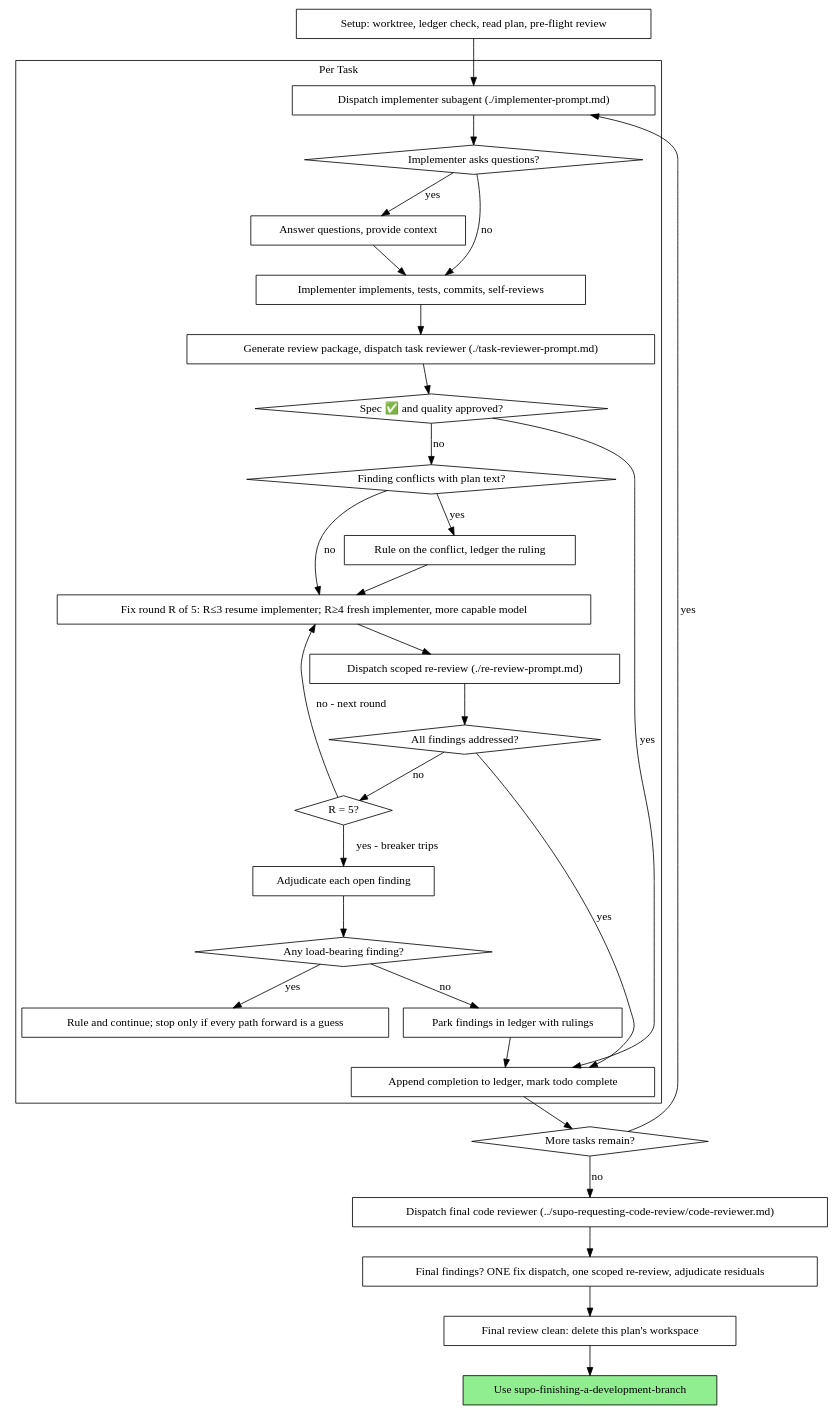
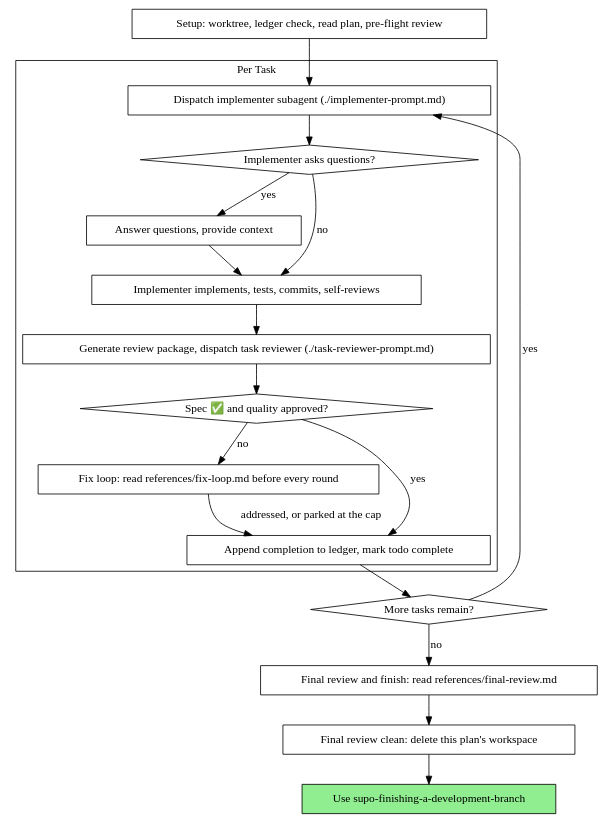
Before and after one commit to yandy/pi-packages: the second of 2 diagrams in pi-superpowers/skills/supo-subagent-driven-development/SKILL.md, drawn with Graphviz. The commit also changed other lines of this file and 29 other files, not shown here.

````diff
--- a/pi-superpowers/skills/supo-subagent-driven-development/SKILL.md
+++ b/pi-superpowers/skills/supo-subagent-driven-development/SKILL.md
@@ -61,62 +61,39 @@
 ```dot
 digraph process {
     rankdir=TB;
 
     subgraph cluster_per_task {
         label="Per Task";
         "Dispatch implementer subagent (./implementer-prompt.md)" [shape=box];
         "Implementer asks questions?" [shape=diamond];
         "Answer questions, provide context" [shape=box];
         "Implementer implements, tests, commits, self-reviews" [shape=box];
         "Generate review package, dispatch task reviewer (./task-reviewer-prompt.md)" [shape=box];
         "Spec ✅ and quality approved?" [shape=diamond];
-        "Finding conflicts with plan text?" [shape=diamond];
-        "Rule on the conflict, ledger the ruling" [shape=box];
-        "Fix round R of 5: R≤3 resume implementer; R≥4 fresh implementer, more capable model" [shape=box];
-        "Dispatch scoped re-review (./re-review-prompt.md)" [shape=box];
-        "All findings addressed?" [shape=diamond];
-        "R = 5?" [shape=diamond];
-        "Adjudicate each open finding" [shape=box];
-        "Any load-bearing finding?" [shape=diamond];
-        "Rule and continue; stop only if every path forward is a guess" [shape=box];
-        "Park findings in ledger with rulings" [shape=box];
+        "Fix loop: read references/fix-loop.md before every round" [shape=box];
         "Append completion to ledger, mark todo complete" [shape=box];
     }
 
     "Setup: worktree, ledger check, read plan, pre-flight review" [shape=box];
     "More tasks remain?" [shape=diamond];
-    "Dispatch final code reviewer (../supo-requesting-code-review/code-reviewer.md)" [shape=box];
-    "Final findings? ONE fix dispatch, one scoped re-review, adjudicate residuals" [shape=box];
+    "Final review and finish: read references/final-review.md" [shape=box];
     "Final review clean: delete this plan's workspace" [shape=box];
     "Use supo-finishing-a-development-branch" [shape=box style=filled fillcolor=lightgreen];
 
     "Setup: worktree, ledger check, read plan, pre-flight review" -> "Dispatch implementer subagent (./implementer-prompt.md)";
     "Dispatch implementer subagent (./implementer-prompt.md)" -> "Implementer asks questions?";
     "Implementer asks questions?" -> "Answer questions, provide context" [label="yes"];
     "Answer questions, provide context" -> "Implementer implements, tests, commits, self-reviews";
     "Implementer asks questions?" -> "Implementer implements, tests, commits, self-reviews" [label="no"];
     "Implementer implements, tests, commits, self-reviews" -> "Generate review package, dispatch task reviewer (./task-reviewer-prompt.md)";
     "Generate review package, dispatch task reviewer (./task-reviewer-prompt.md)" -> "Spec ✅ and quality approved?";
     "Spec ✅ and quality approved?" -> "Append completion to ledger, mark todo complete" [label="yes"];
-    "Spec ✅ and quality approved?" -> "Finding conflicts with plan text?" [label="no"];
-    "Finding conflicts with plan text?" -> "Rule on the conflict, ledger the ruling" [label="yes"];
-    "Rule on the conflict, ledger the ruling" -> "Fix round R of 5: R≤3 resume implementer; R≥4 fresh implementer, more capable model";
-    "Finding conflicts with plan text?" -> "Fix round R of 5: R≤3 resume implementer; R≥4 fresh implementer, more capable model" [label="no"];
-    "Fix round R of 5: R≤3 resume implementer; R≥4 fresh implementer, more capable model" -> "Dispatch scoped re-review (./re-review-prompt.md)";
-    "Dispatch scoped re-review (./re-review-prompt.md)" -> "All findings addressed?";
-    "All findings addressed?" -> "Append completion to ledger, mark todo complete" [label="yes"];
-    "All findings addressed?" -> "R = 5?" [label="no"];
-    "R = 5?" -> "Fix round R of 5: R≤3 resume implementer; R≥4 fresh implementer, more capable model" [label="no - next round"];
-    "R = 5?" -> "Adjudicate each open finding" [label="yes - breaker trips"];
-    "Adjudicate each open finding" -> "Any load-bearing finding?";
-    "Any load-bearing finding?" -> "Rule and continue; stop only if every path forward is a guess" [label="yes"];
-    "Any load-bearing finding?" -> "Park findings in ledger with rulings" [label="no"];
-    "Park findings in ledger with rulings" -> "Append completion to ledger, mark todo complete";
+    "Spec ✅ and quality approved?" -> "Fix loop: read references/fix-loop.md before every round" [label="no"];
+    "Fix loop: read references/fix-loop.md before every round" -> "Append completion to ledger, mark todo complete" [label="addressed, or parked at the cap"];
     "Append completion to ledger, mark todo complete" -> "More tasks remain?";
     "More tasks remain?" -> "Dispatch implementer subagent (./implementer-prompt.md)" [label="yes"];
-    "More tasks remain?" -> "Dispatch final code reviewer (../supo-requesting-code-review/code-reviewer.md)" [label="no"];
-    "Dispatch final code reviewer (../supo-requesting-code-review/code-reviewer.md)" -> "Final findings? ONE fix dispatch, one scoped re-review, adjudicate residuals";
-    "Final findings? ONE fix dispatch, one scoped re-review, adjudicate residuals" -> "Final review clean: delete this plan's workspace";
+    "More tasks remain?" -> "Final review and finish: read references/final-review.md" [label="no"];
+    "Final review and finish: read references/final-review.md" -> "Final review clean: delete this plan's workspace";
     "Final review clean: delete this plan's workspace" -> "Use supo-finishing-a-development-branch";
 }
 ```
````
